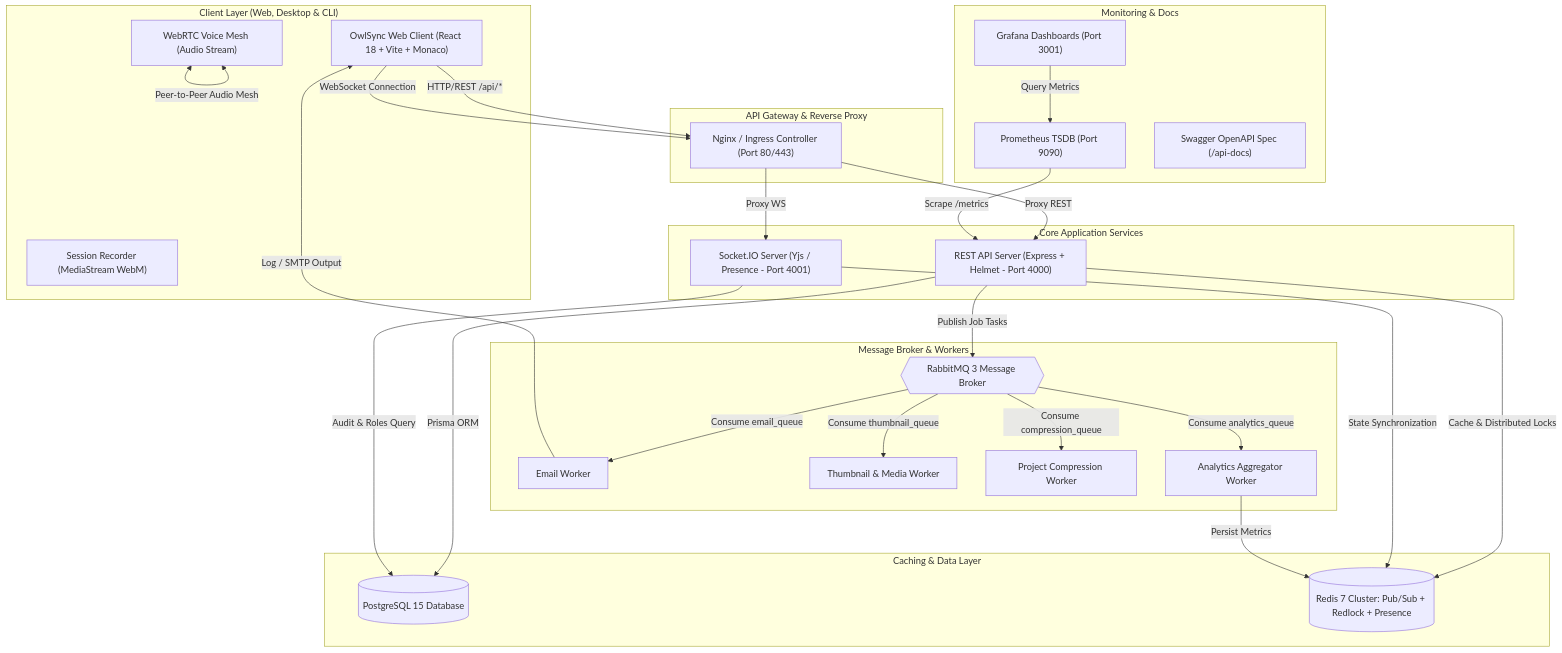
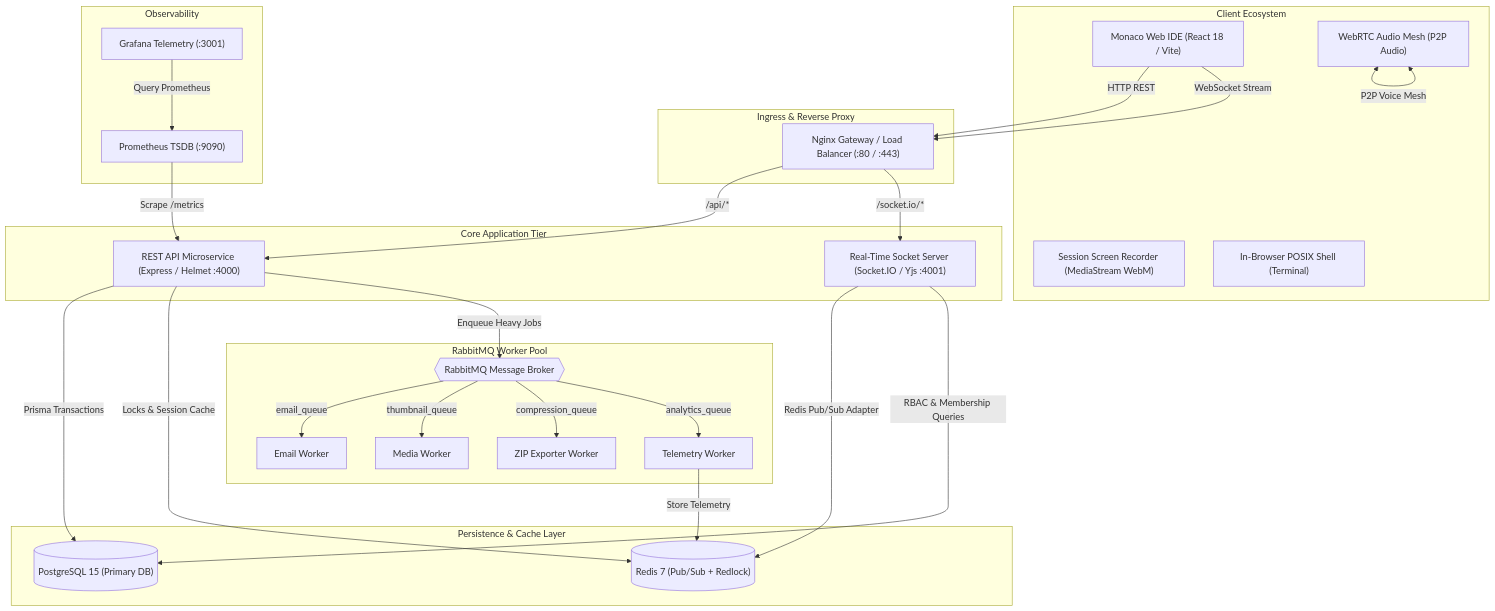
Before and after one commit to DhruvGola777/OwlSync: the first of 3 diagrams in docs/SDD.md, drawn with Mermaid. The commit also changed other lines of this file and 3 other files, not shown here.

Commit message:
docs: add architectural documentation and initialize API error logging for infrastructure debugging

````diff
--- a/docs/SDD.md
+++ b/docs/SDD.md
@@ -30,61 +32,60 @@
 ```mermaid
-graph TD
-    subgraph Clients ["Client Layer (Web, Desktop & CLI)"]
-        Browser["OwlSync Web Client (React 18 + Vite + Monaco)"]
-        VoiceClient["WebRTC Voice Mesh (Audio Stream)"]
-        RecorderClient["Session Recorder (MediaStream WebM)"]
+flowchart TB
+    subgraph ClientLayer ["Client Ecosystem"]
+        WebIDE["Monaco Web IDE (React 18 / Vite)"]
+        WebRTCVoice["WebRTC Audio Mesh (P2P Audio)"]
+        RecorderEngine["Session Screen Recorder (MediaStream WebM)"]
+        VirtualTerminal["In-Browser POSIX Shell (Terminal)"]
     end
 
-    subgraph Ingress ["API Gateway & Reverse Proxy"]
-        Nginx["Nginx / Ingress Controller (Port 80/443)"]
+    subgraph IngressGateway ["Ingress & Reverse Proxy"]
+        Nginx["Nginx Gateway / Load Balancer (:80 / :443)"]
     end
 
-    subgraph ServiceLayer ["Core Application Services"]
-        APIServer["REST API Server (Express + Helmet - Port 4000)"]
-        SocketServer["Socket.IO Server (Yjs / Presence - Port 4001)"]
+    subgraph ServiceCluster ["Core Application Tier"]
+        REST_API["REST API Microservice (Express / Helmet :4000)"]
+        WS_Gateway["Real-Time Socket Server (Socket.IO / Yjs :4001)"]
     end
 
-    subgraph StateStorage ["Caching & Data Layer"]
-        PG[(PostgreSQL 15 Database)]
-        Redis[(Redis 7 Cluster: Pub/Sub + Redlock + Presence)]
+    subgraph StorageTier ["Persistence & Cache Layer"]
+        PostgreSQL[("PostgreSQL 15 (Primary DB)")]
+        RedisCluster[("Redis 7 (Pub/Sub + Redlock)")]
     end
 
-    subgraph AsyncPipeline ["Message Broker & Workers"]
-        RMQ{{RabbitMQ 3 Message Broker}}
-        EmailWorker["Email Worker"]
-        ThumbnailWorker["Thumbnail & Media Worker"]
-        CompressWorker["Project Compression Worker"]
-        AnalyticsWorker["Analytics Aggregator Worker"]
+    subgraph WorkerPool ["RabbitMQ Worker Pool"]
+        RabbitMQ_Broker{{"RabbitMQ Message Broker"}}
+        Worker_Email["Email Worker"]
+        Worker_Thumbnail["Media Worker"]
+        Worker_Compression["ZIP Exporter Worker"]
+        Worker_Analytics["Telemetry Worker"]
     end
 
-    subgraph ObservabilityStack ["Monitoring & Docs"]
-        Prometheus["Prometheus TSDB (Port 9090)"]
-        Grafana["Grafana Dashboards (Port 3001)"]
-        SwaggerUI["Swagger OpenAPI Spec (/api-docs)"]
+    subgraph ObservabilityLayer ["Observability"]
+        Prometheus["Prometheus TSDB (:9090)"]
+        Grafana["Grafana Telemetry (:3001)"]
     end
 
-    Browser -->|HTTP/REST /api/*| Nginx
-    Browser -->|WebSocket Connection| Nginx
-    VoiceClient <-->|Peer-to-Peer Audio Mesh| VoiceClient
+    WebIDE -->|HTTP REST| Nginx
+    WebIDE -->|WebSocket Stream| Nginx
+    WebRTCVoice <-->|P2P Voice Mesh| WebRTCVoice
 
-    Nginx -->|Proxy REST| APIServer
-    Nginx -->|Proxy WS| SocketServer
+    Nginx -->|/api/*| REST_API
+    Nginx -->|/socket.io/*| WS_Gateway
 
-    APIServer -->|Prisma ORM| PG
-    APIServer -->|Cache & Distributed Locks| Redis
-    APIServer -->|Publish Job Tasks| RMQ
+    REST_API -->|Prisma Transactions| PostgreSQL
+    REST_API -->|Locks & Session Cache| RedisCluster
+    REST_API -->|Enqueue Heavy Jobs| RabbitMQ_Broker
 
-    SocketServer -->|State Synchronization| Redis
-    SocketServer -->|Audit & Roles Query| PG
+    WS_Gateway -->|Redis Pub/Sub Adapter| RedisCluster
+    WS_Gateway -->|RBAC & Membership Queries| PostgreSQL
 
-    RMQ -->|Consume email_queue| EmailWorker
-    RMQ -->|Consume thumbnail_queue| ThumbnailWorker
-    RMQ -->|Consume compression_queue| CompressWorker
-    RMQ -->|Consume analytics_queue| AnalyticsWorker
+    RabbitMQ_Broker -->|email_queue| Worker_Email
+    RabbitMQ_Broker -->|thumbnail_queue| Worker_Thumbnail
+    RabbitMQ_Broker -->|compression_queue| Worker_Compression
+    RabbitMQ_Broker -->|analytics_queue| Worker_Analytics
 
-    EmailWorker -->|Log / SMTP Output| Browser
-    AnalyticsWorker -->|Persist Metrics| Redis
+    Worker_Analytics -->|Store Telemetry| RedisCluster
 
-    Prometheus -->|Scrape /metrics| APIServer
-    Grafana -->|Query Metrics| Prometheus
+    Prometheus -->|Scrape /metrics| REST_API
+    Grafana -->|Query Prometheus| Prometheus
 ```
````
